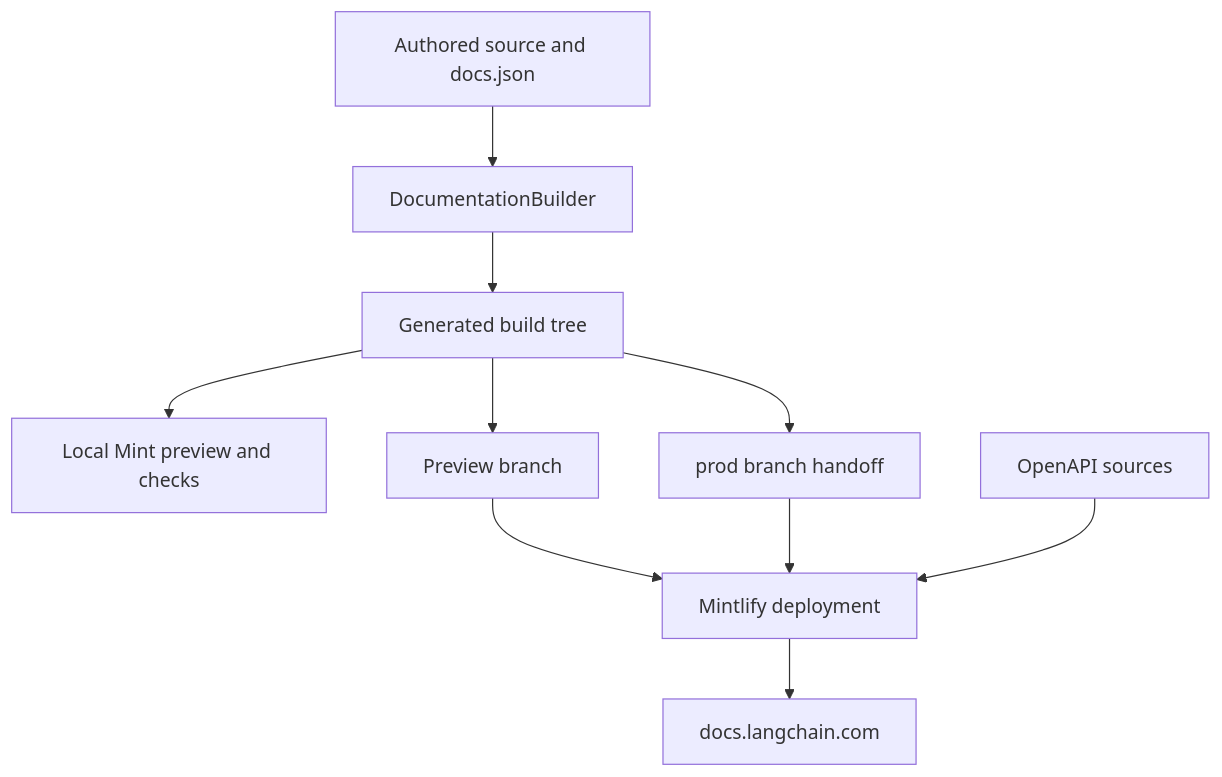
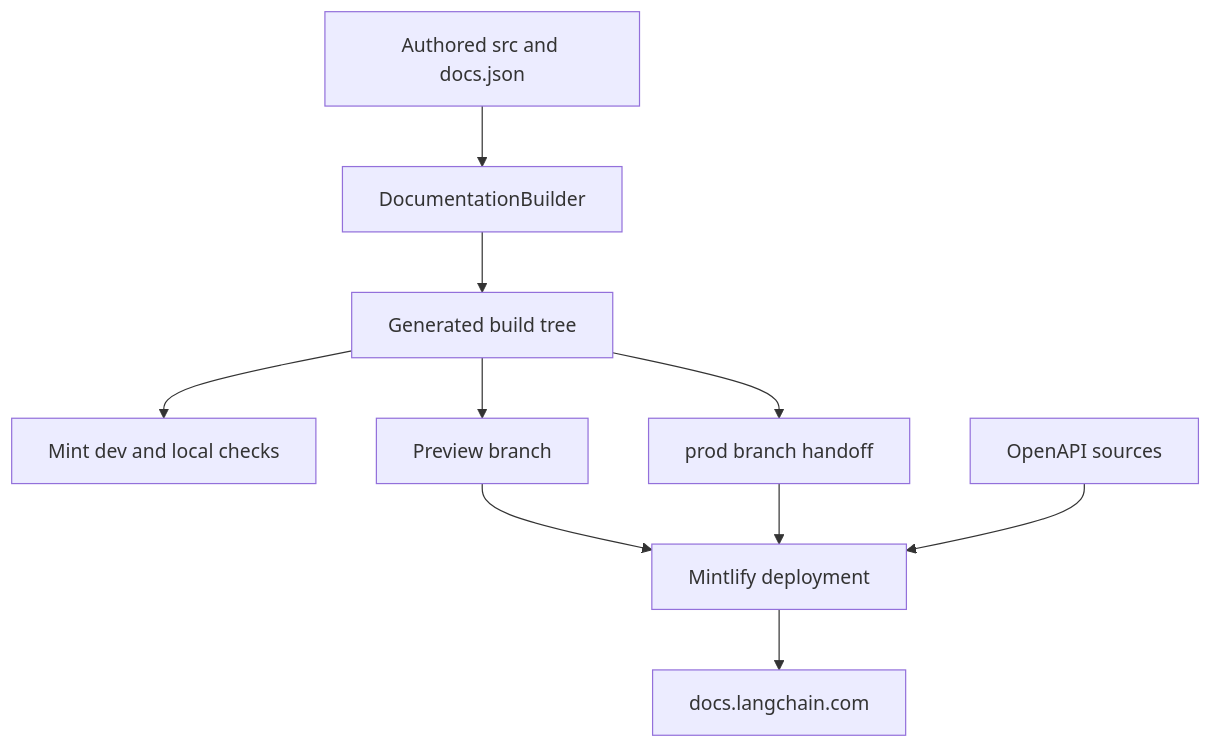
The diagram in openwiki/integrations/mintlify.md (langchain-ai/docs), drawn with Mermaid before and after one commit. The commit also changed other lines of this file and 41 other files, not shown here.

````diff
--- a/openwiki/integrations/mintlify.md
+++ b/openwiki/integrations/mintlify.md
@@ -49,12 +49,12 @@
 ```mermaid
 flowchart TD
-    Source["Authored source and docs.json"] --> Builder["DocumentationBuilder"]
+    Source["Authored src and docs.json"] --> Builder["DocumentationBuilder"]
     Builder --> Build["Generated build tree"]
-    Build --> Local["Local Mint preview and checks"]
+    Build --> Local["Mint dev and local checks"]
     Build --> Preview["Preview branch"]
-    Build --> Production["prod branch handoff"]
+    Build --> Prod["prod branch handoff"]
     Preview --> Mint["Mintlify deployment"]
-    Production --> Mint
-    Spec["OpenAPI sources"] --> Mint
+    Prod --> Mint
+    Specs["OpenAPI sources"] --> Mint
     Mint --> Site["docs.langchain.com"]
 ```
````
